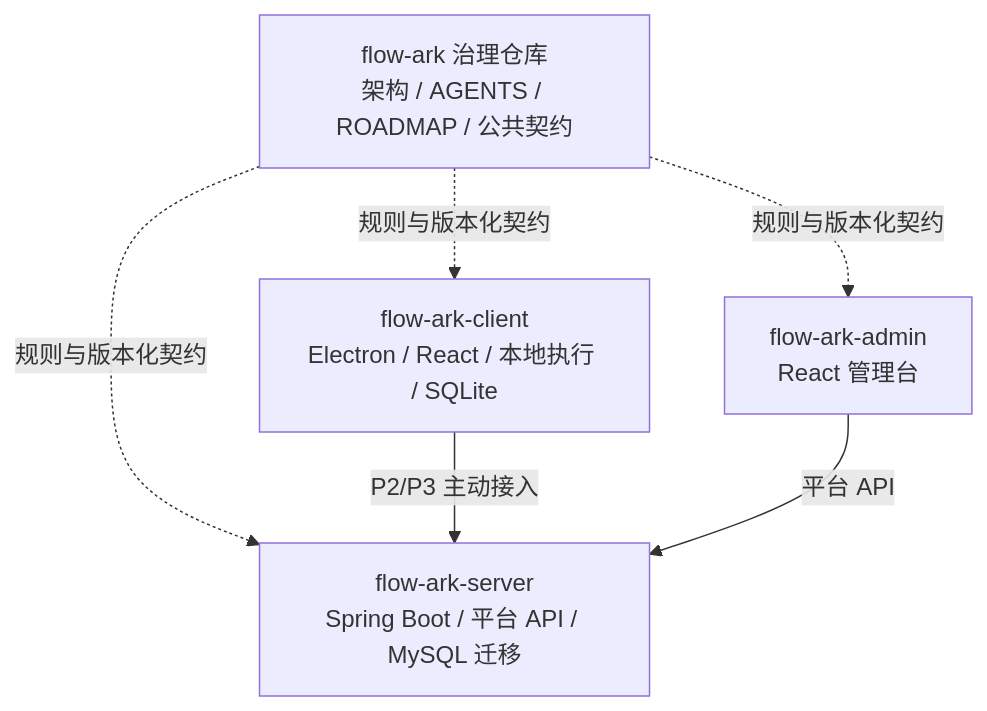
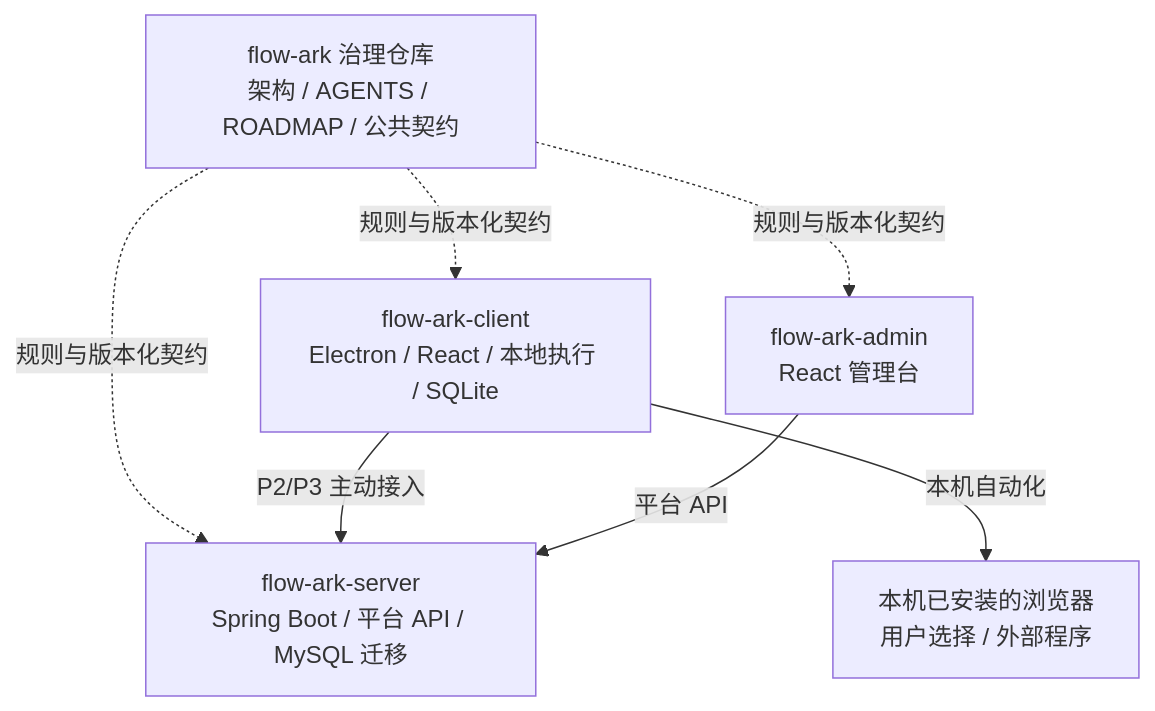
One commit to zhongmiao-org/flow-ark changed the first of 5 diagrams in docs/architecture.md. Above: the diagram before and after it, drawn with Mermaid. The commit also changed other lines of this file and 4 other files, not shown here.

````diff
--- a/docs/architecture.md
+++ b/docs/architecture.md
@@ -25,12 +25,14 @@
 ```mermaid
 flowchart TB
     G["flow-ark 治理仓库<br/>架构 / AGENTS / ROADMAP / 公共契约"]
     C["flow-ark-client<br/>Electron / React / 本地执行 / SQLite"]
     S["flow-ark-server<br/>Spring Boot / 平台 API / MySQL 迁移"]
     A["flow-ark-admin<br/>React 管理台"]
+    B["本机已安装的浏览器<br/>用户选择 / 外部程序"]
     G -. "规则与版本化契约" .-> C
     G -. "规则与版本化契约" .-> S
     G -. "规则与版本化契约" .-> A
     C -->|"P2/P3 主动接入"| S
     A -->|"平台 API"| S
+    C -->|"本机自动化"| B
 ```
````
